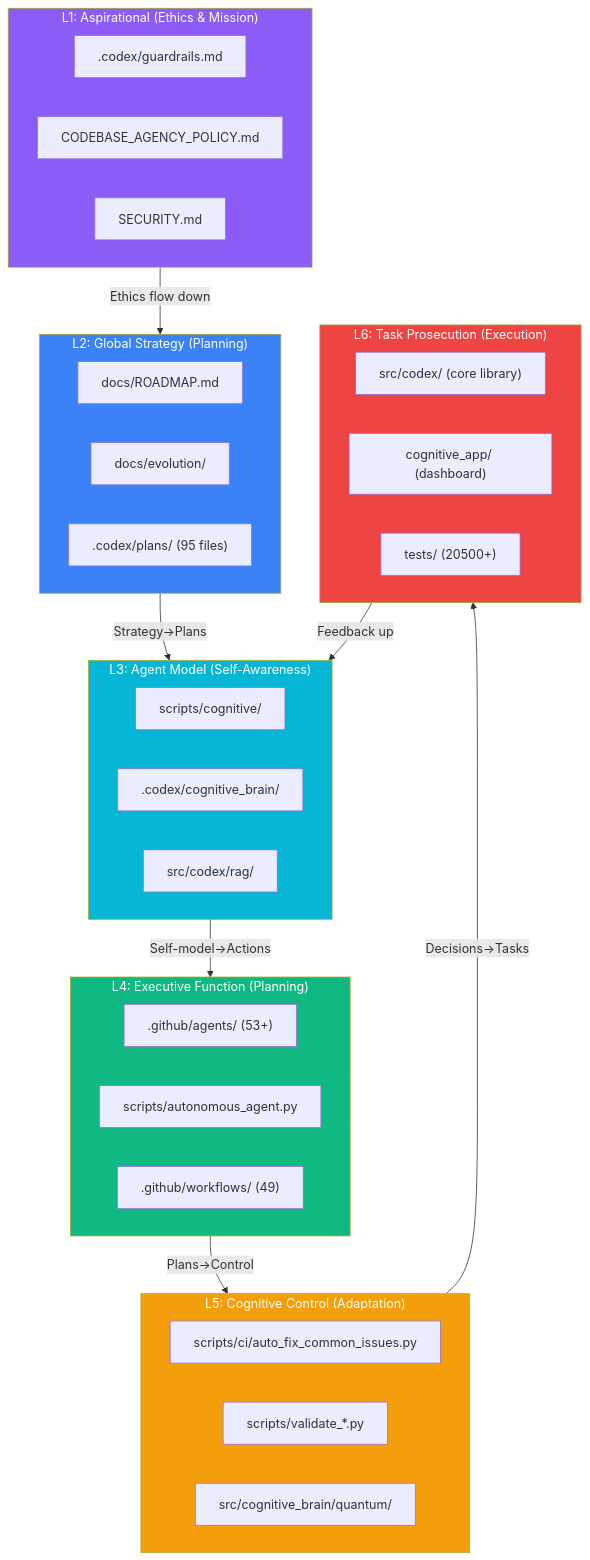
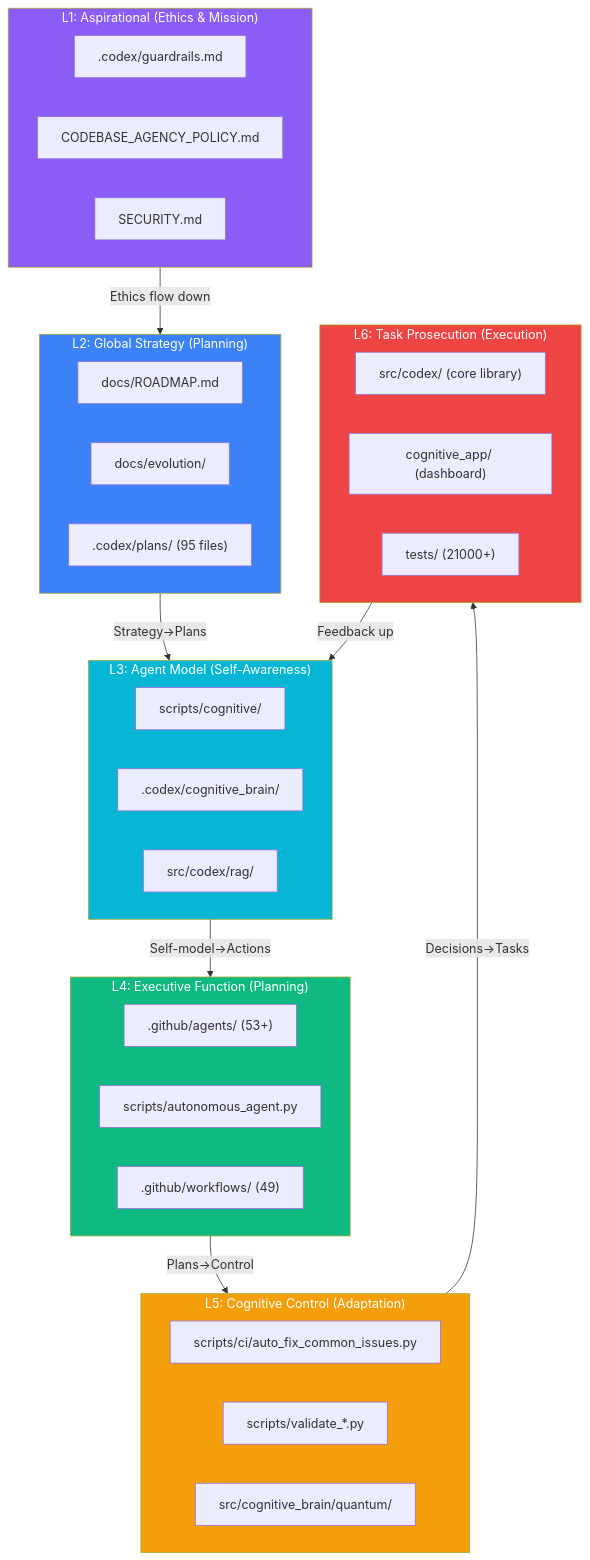
One commit to Aries-Serpent/_codex_ changed the diagram in docs/evolution/COGNITIVE_CODEBASE_MAP.md. Above: the diagram before and after it, drawn with Mermaid. The commit also changed other lines of this file and 6 other files, not shown here.

````diff
--- a/docs/evolution/COGNITIVE_CODEBASE_MAP.md
+++ b/docs/evolution/COGNITIVE_CODEBASE_MAP.md
@@ -12,52 +12,52 @@
 ```mermaid
 graph TD
     subgraph L1["L1: Aspirational (Ethics & Mission)"]
         E1[".codex/guardrails.md"]
         E2["CODEBASE_AGENCY_POLICY.md"]
         E3["SECURITY.md"]
     end
 
     subgraph L2["L2: Global Strategy (Planning)"]
         S1["docs/ROADMAP.md"]
         S2["docs/evolution/"]
         S3[".codex/plans/ (95 files)"]
     end
 
     subgraph L3["L3: Agent Model (Self-Awareness)"]
         M1["scripts/cognitive/"]
         M2[".codex/cognitive_brain/"]
         M3["src/codex/rag/"]
     end
 
     subgraph L4["L4: Executive Function (Planning)"]
         X1[".github/agents/ (53+)"]
         X2["scripts/autonomous_agent.py"]
         X3[".github/workflows/ (49)"]
     end
 
     subgraph L5["L5: Cognitive Control (Adaptation)"]
         C1["scripts/ci/auto_fix_common_issues.py"]
         C2["scripts/validate_*.py"]
         C3["src/cognitive_brain/quantum/"]
     end
 
     subgraph L6["L6: Task Prosecution (Execution)"]
         T1["src/codex/ (core library)"]
         T2["cognitive_app/ (dashboard)"]
-        T3["tests/ (20500+)"]
+        T3["tests/ (21000+)"]
     end
 
     L1 -->|"Ethics flow down"| L2
     L2 -->|"Strategy→Plans"| L3
     L3 -->|"Self-model→Actions"| L4
     L4 -->|"Plans→Control"| L5
     L5 -->|"Decisions→Tasks"| L6
     L6 -->|"Feedback up"| L3
 
     style L1 fill:#8b5cf6,color:#fff
     style L2 fill:#3b82f6,color:#fff
     style L3 fill:#06b6d4,color:#fff
     style L4 fill:#10b981,color:#fff
     style L5 fill:#f59e0b,color:#fff
     style L6 fill:#ef4444,color:#fff
 ```
````
